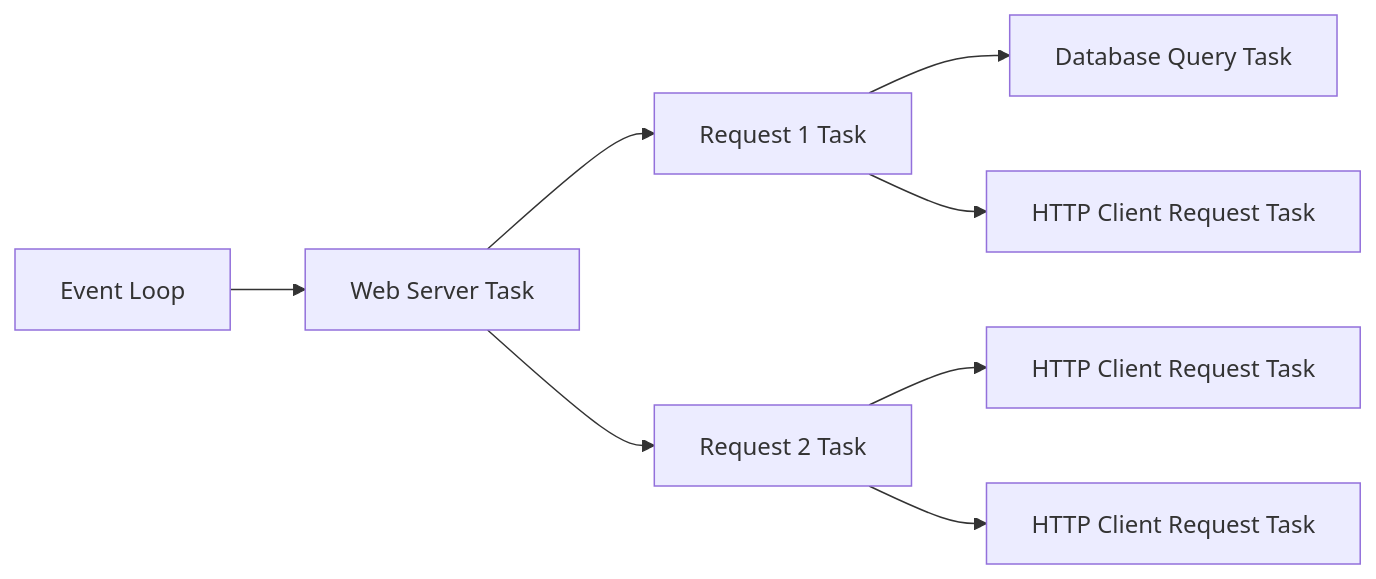
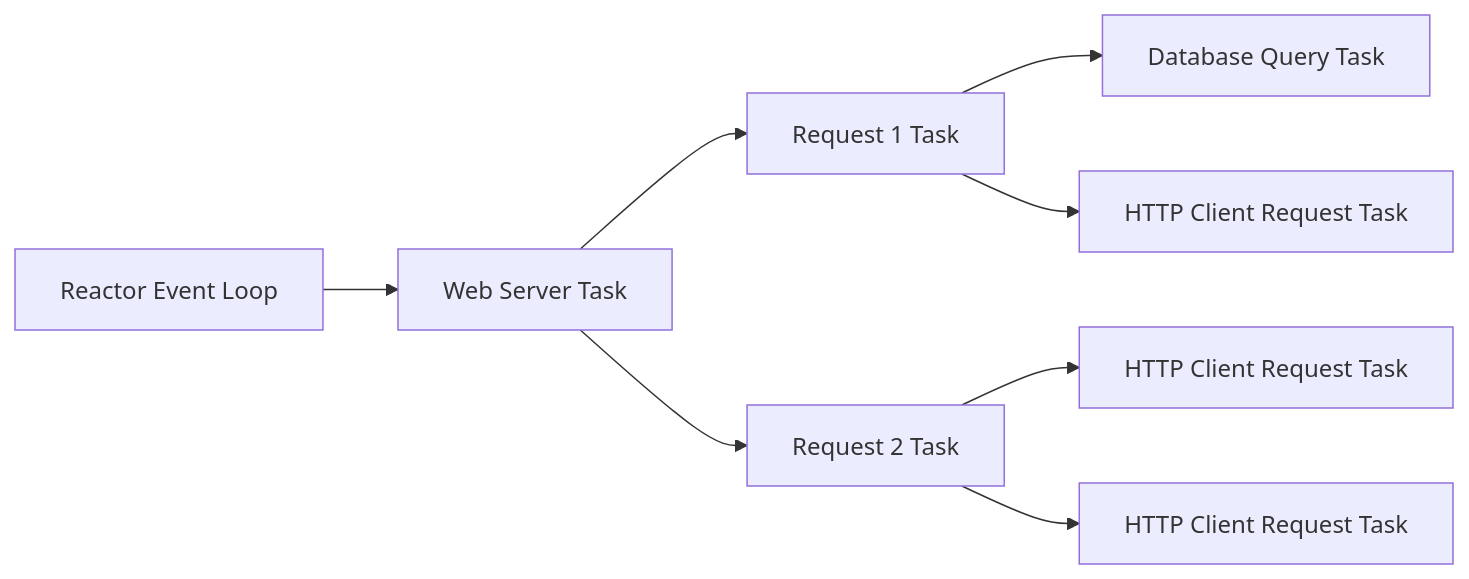
Before and after one commit to socketry/async: the first of 3 diagrams in guides/asynchronous-tasks/readme.md, drawn with Mermaid. The commit also changed other lines of this file, not shown here.

````diff
--- a/guides/asynchronous-tasks/readme.md
+++ b/guides/asynchronous-tasks/readme.md
@@ -9,12 +9,12 @@
 ```mermaid
 graph LR
-    EL[Event Loop] --> WS
+    REL[Reactor Event Loop] --> WS
     WS[Web Server Task] --> R1[Request 1 Task]
     WS --> R2[Request 2 Task]
 
     R1 --> Q1[Database Query Task]
     R1 --> H1[HTTP Client Request Task]
 
     R2 --> H2[HTTP Client Request Task]
     R2 --> H3[HTTP Client Request Task]
 ```
````
